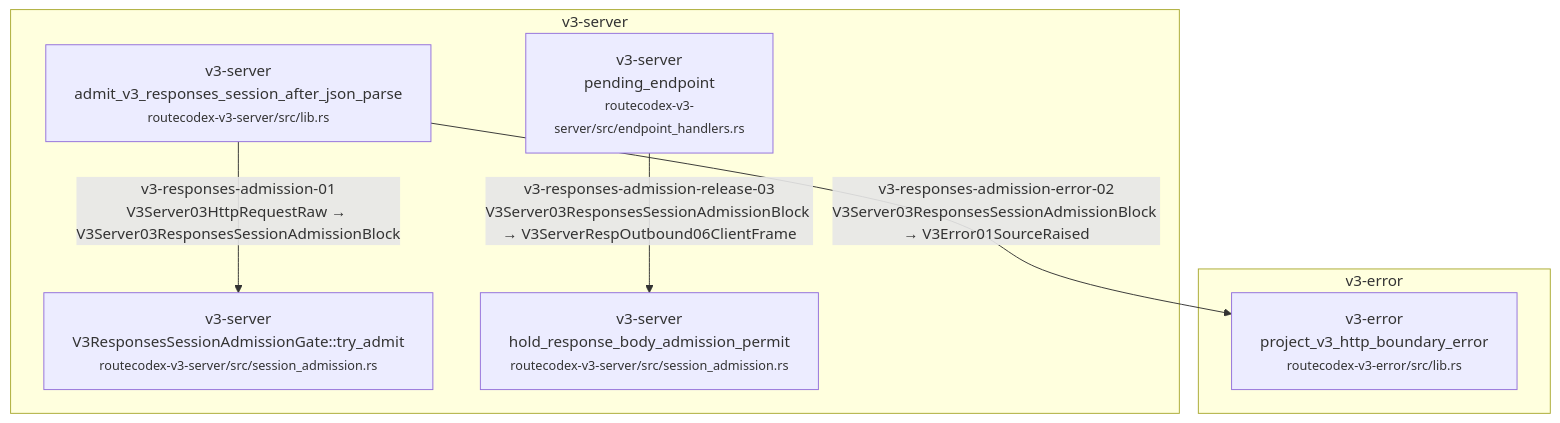
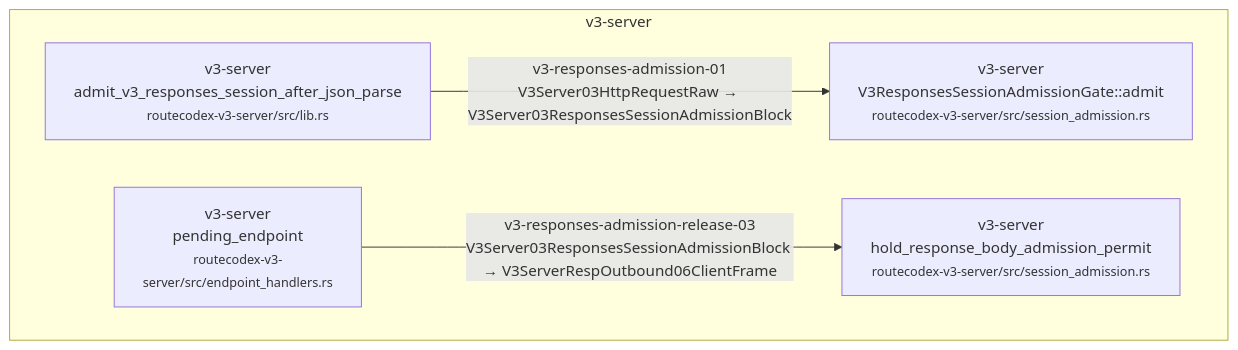
One commit to Jasonzhangf/routecodex changed diagram 52 of 60 in docs/architecture/wiki/v3-mainline-caller-flow.md. Above: the diagram before and after it, drawn with Mermaid. The commit also changed other lines of this file and 15 other files, not shown here.

Commit message:
fix(v3): wait for session admission

````diff
--- a/docs/architecture/wiki/v3-mainline-caller-flow.md
+++ b/docs/architecture/wiki/v3-mainline-caller-flow.md
@@ -2085,15 +2085,11 @@
 ```mermaid
 flowchart TD
-  subgraph c_50_v3_responses_session_admission_m_v3_error["v3-error"]
-    c_50_v3_responses_session_admission_2["v3-error<br/>project_v3_http_boundary_error<br/><small>routecodex-v3-error/src/lib.rs</small>"]
-  end
   subgraph c_50_v3_responses_session_admission_m_v3_server["v3-server"]
     c_50_v3_responses_session_admission_0["v3-server<br/>admit_v3_responses_session_after_json_parse<br/><small>routecodex-v3-server/src/lib.rs</small>"]
-    c_50_v3_responses_session_admission_1["v3-server<br/>V3ResponsesSessionAdmissionGate::try_admit<br/><small>routecodex-v3-server/src/session_admission.rs</small>"]
-    c_50_v3_responses_session_admission_3["v3-server<br/>pending_endpoint<br/><small>routecodex-v3-server/src/endpoint_handlers.rs</small>"]
-    c_50_v3_responses_session_admission_4["v3-server<br/>hold_response_body_admission_permit<br/><small>routecodex-v3-server/src/session_admission.rs</small>"]
+    c_50_v3_responses_session_admission_1["v3-server<br/>V3ResponsesSessionAdmissionGate::admit<br/><small>routecodex-v3-server/src/session_admission.rs</small>"]
+    c_50_v3_responses_session_admission_2["v3-server<br/>pending_endpoint<br/><small>routecodex-v3-server/src/endpoint_handlers.rs</small>"]
+    c_50_v3_responses_session_admission_3["v3-server<br/>hold_response_body_admission_permit<br/><small>routecodex-v3-server/src/session_admission.rs</small>"]
   end
   c_50_v3_responses_session_admission_0 -->|v3-responses-admission-01<br/>V3Server03HttpRequestRaw → V3Server03ResponsesSessionAdmissionBlock| c_50_v3_responses_session_admission_1
-  c_50_v3_responses_session_admission_0 -->|v3-responses-admission-error-02<br/>V3Server03ResponsesSessionAdmissionBlock → V3Error01SourceRaised| c_50_v3_responses_session_admission_2
-  c_50_v3_responses_session_admission_3 -->|v3-responses-admission-release-03<br/>V3Server03ResponsesSessionAdmissionBlock → V3ServerRespOutbound06ClientFrame| c_50_v3_responses_session_admission_4
+  c_50_v3_responses_session_admission_2 -->|v3-responses-admission-release-03<br/>V3Server03ResponsesSessionAdmissionBlock → V3ServerRespOutbound06ClientFrame| c_50_v3_responses_session_admission_3
 ```
````
